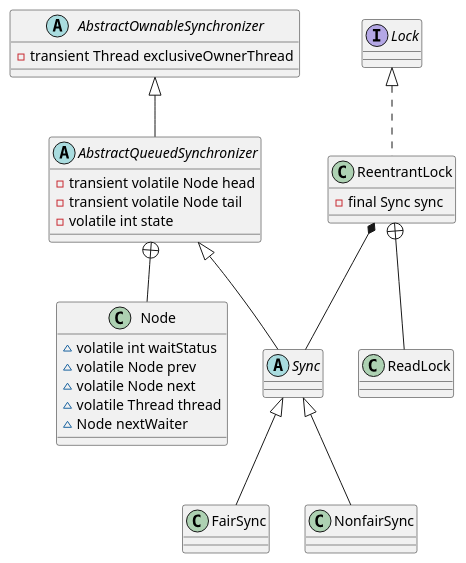
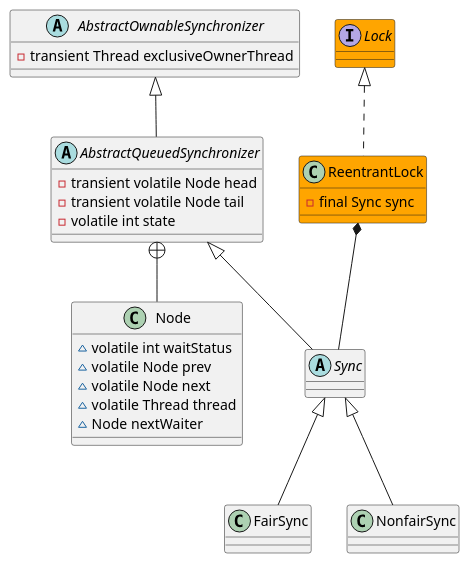
Before and after one commit to onlyonion/development: the diagram in 10-java/src/rt.jar.src/java/util/concurrent/locks/ReentrantLock.md, drawn with PlantUML. The commit also changed other lines of this file and 37 other files, not shown here.

````diff
--- a/10-java/src/rt.jar.src/java/util/concurrent/locks/ReentrantLock.md
+++ b/10-java/src/rt.jar.src/java/util/concurrent/locks/ReentrantLock.md
@@ -2,53 +13,45 @@
 ```plantuml
 @startuml
 
 '''''''''''''''''''''''''''''''' AQS ''''''''''''''''''''''''''''''''
 abstract class AbstractOwnableSynchronizer {
     - transient Thread exclusiveOwnerThread
 }
 
 abstract class AbstractQueuedSynchronizer {
     - transient volatile Node head
     - transient volatile Node tail
     - volatile int state
 }
 
 class Node {
     ~ volatile int waitStatus
     ~ volatile Node prev
     ~ volatile Node next
     ~ volatile Thread thread
     ~ Node nextWaiter
 }
 
 AbstractOwnableSynchronizer <|-- AbstractQueuedSynchronizer
 AbstractQueuedSynchronizer +-- Node
 
 '''''''''''''''''''''''''''''''' Sync FairSync NonfairSync''''''''''''''''''''''''''''''''
-abstract class Sync {
+abstract class Sync
+class FairSync
+class NonfairSync
 
-}
-
-class FairSync {
-
-}
-
-class NonfairSync {
-
-}
 AbstractQueuedSynchronizer <|-- Sync
 Sync <|-- NonfairSync
 Sync <|-- FairSync
 
 '''''''''''''''''''''''''''''''' ReentrantLock ''''''''''''''''''''''''''''''''
-interface Lock 
-class ReentrantLock {
+interface Lock #orange
+class ReentrantLock #orange {
     - final Sync sync
 }
 
 Lock <|.. ReentrantLock
 ReentrantLock *-- Sync
-ReentrantLock +-- ReadLock
 
 @enduml
 ```
````
